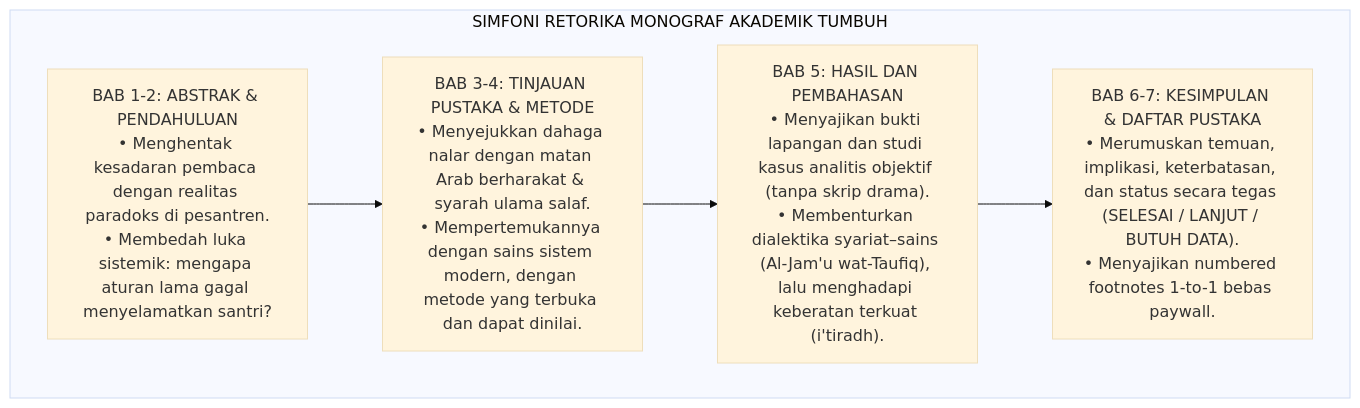
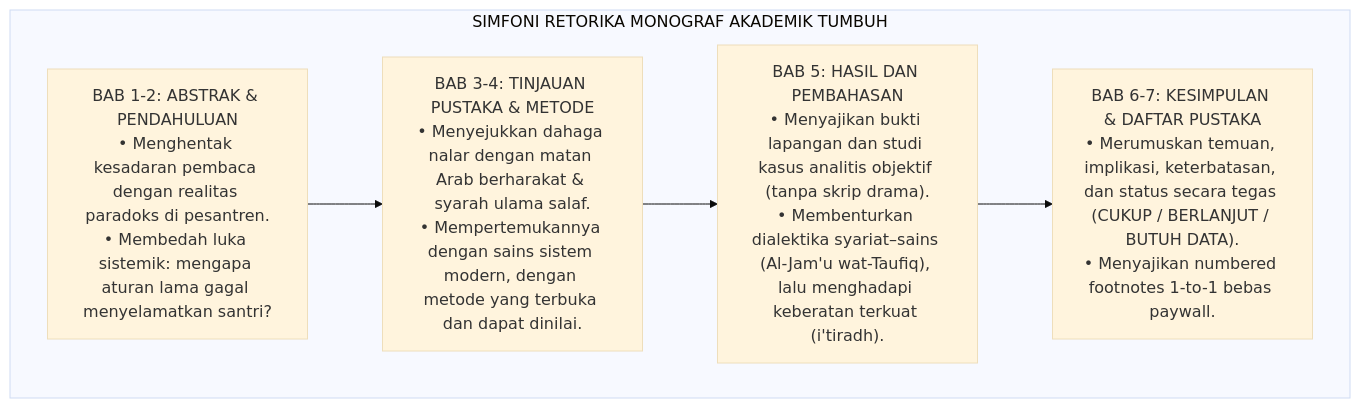
Before and after one commit to wandiapriliyandi/tumbuh: the diagram in .agents/skills/pakar-penulis-monograf-tumbuh/SKILL.md, drawn with Mermaid (base theme). The commit also changed other lines of this file and 5 other files, not shown here.

Commit message:
Mulai penyuntingan jurnal 7 bab seluruh PROBE_01: P00000 selesai (3.141 kata), file contoh dihapus, status CUKUP/BERLANJUT/BUTUH DATA + prinsip PROBE tanpa P terakhir, berkas status penyuntingan

````diff
--- a/.agents/skills/pakar-penulis-monograf-tumbuh/SKILL.md
+++ b/.agents/skills/pakar-penulis-monograf-tumbuh/SKILL.md
@@ -44,14 +44,14 @@
 ```mermaid
 graph TD
     subgraph AlurRetorika["SIMFONI RETORIKA MONOGRAF AKADEMIK TUMBUH"]
         A1["BAB 1-2: ABSTRAK & PENDAHULUAN<br/>• Menghentak kesadaran pembaca dengan realitas paradoks di pesantren.<br/>• Membedah luka sistemik: mengapa aturan lama gagal menyelamatkan santri?"]
         
         A2["BAB 3-4: TINJAUAN PUSTAKA & METODE<br/>• Menyejukkan dahaga nalar dengan matan Arab berharakat & syarah ulama salaf.<br/>• Mempertemukannya dengan sains sistem modern, dengan metode yang terbuka dan dapat dinilai."]
         
         A3["BAB 5: HASIL DAN PEMBAHASAN<br/>• Menyajikan bukti lapangan dan studi kasus analitis objektif (tanpa skrip drama).<br/>• Membenturkan dialektika syariat–sains (Al-Jam'u wat-Taufiq), lalu menghadapi keberatan terkuat (i'tiradh)."]
         
-        A4["BAB 6-7: KESIMPULAN & DAFTAR PUSTAKA<br/>• Merumuskan temuan, implikasi, keterbatasan, dan status secara tegas (SELESAI / LANJUT / BUTUH DATA).<br/>• Menyajikan numbered footnotes 1-to-1 bebas paywall."]
+        A4["BAB 6-7: KESIMPULAN & DAFTAR PUSTAKA<br/>• Merumuskan temuan, implikasi, keterbatasan, dan status secara tegas (CUKUP / BERLANJUT / BUTUH DATA).<br/>• Menyajikan numbered footnotes 1-to-1 bebas paywall."]
         
         A1 --> A2 --> A3 --> A4
     end
 ```
````
